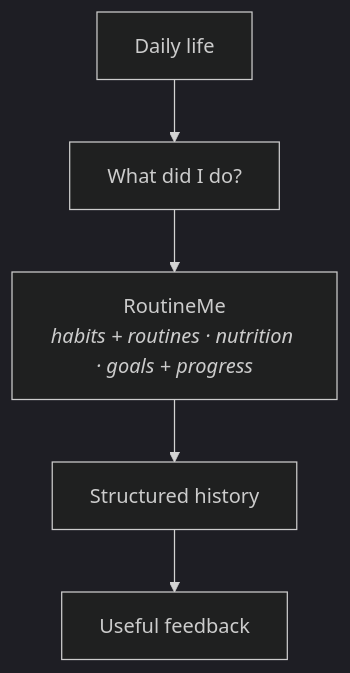
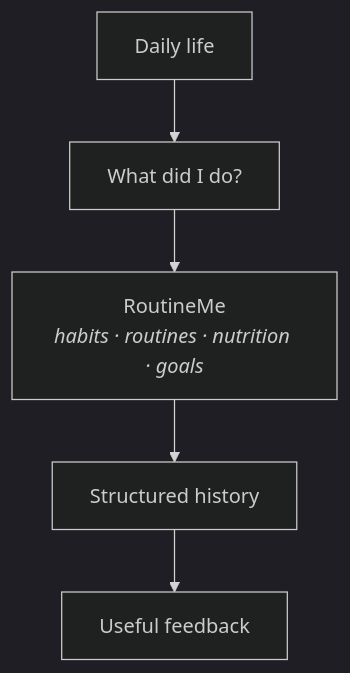
The first of 2 diagrams in README.md (Sebastian-O-Rodriguez/showcase-routine-me), drawn with Mermaid (dark theme) before and after one commit. The commit also changed other lines of this file, not shown here.

````diff
--- a/README.md
+++ b/README.md
@@ -13,7 +15,7 @@
 ```mermaid
 flowchart TB
     LIFE["Daily life"] --> Q["What did I do?"]
-    Q --> RM["RoutineMe<br/><i>habits + routines · nutrition · goals + progress</i>"]
+    Q --> RM["RoutineMe<br/><i>habits · routines · nutrition · goals</i>"]
     RM --> H["Structured history"]
     H --> F["Useful feedback"]
 ```
````
